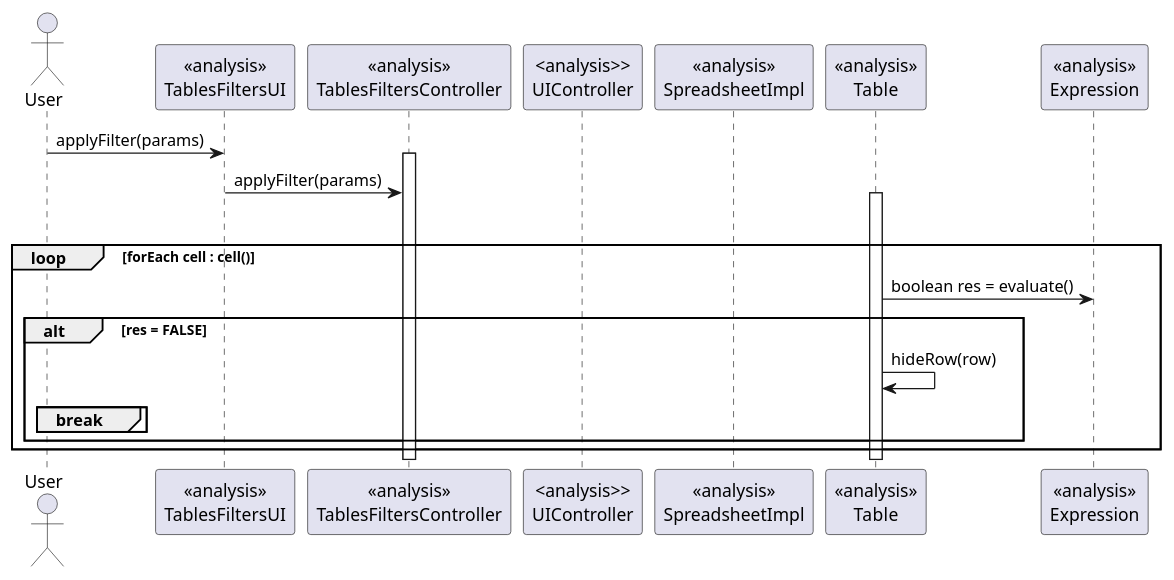
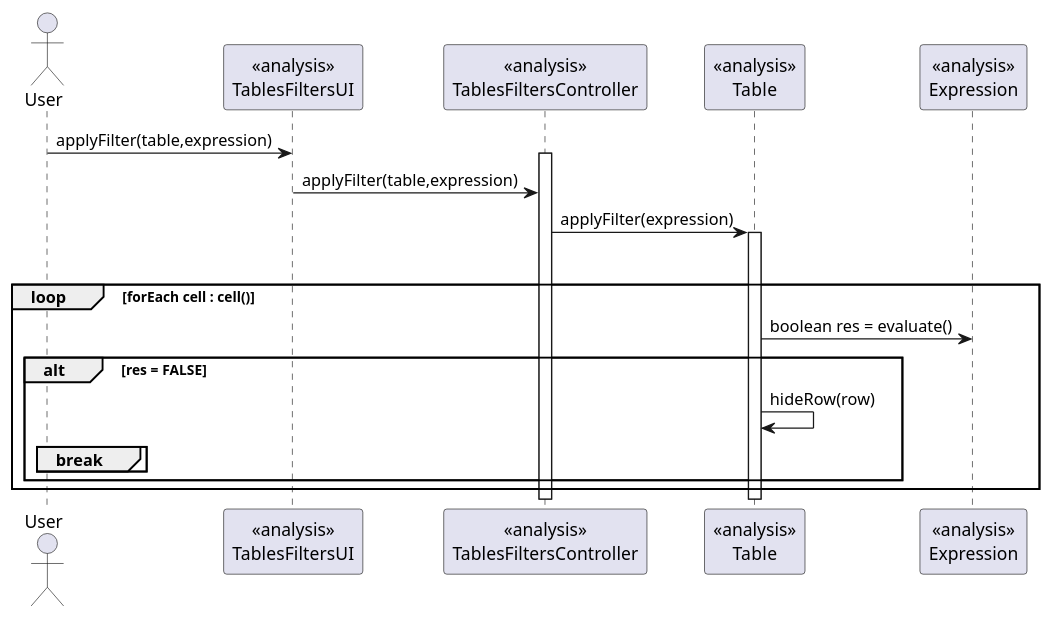
The diagram in src/main/java/csheets/worklog/n1140780/sprint4/lang_03.3_create_filter_analysis.puml (RubenTeixeira/cleansheets_isep_2dg_2016), drawn with PlantUML before and after one commit. The commit also changed 18 other files, not shown here.

```diff
--- a/src/main/java/csheets/worklog/n1140780/sprint4/lang_03.3_create_filter_analysis.puml
+++ b/src/main/java/csheets/worklog/n1140780/sprint4/lang_03.3_create_filter_analysis.puml
@@ -1,26 +1,24 @@
 @startuml doc-files/lang_03.3_create_filter_analysis.png
 
 actor User
 participant "<<analysis>>\nTablesFiltersUI" as UI
 participant "<<analysis>>\nTablesFiltersController" as Control
-participant "<analysis>>\nUIController" as UIC
-participant "<<analysis>>\nSpreadsheetImpl" as ss
 participant "<<analysis>>\nTable" as table
 participant "<<analysis>>\nExpression" as expr
 
-User->UI: applyFilter(params)
+User->UI: applyFilter(table,expression)
 activate Control
-UI->Control: applyFilter(params)
-
+UI->Control: applyFilter(table,expression)
+Control->table: applyFilter(expression)
 activate table
 loop forEach row : rows()
 	loop forEach cell : cell()
 		table->expr: boolean res = evaluate()
 		alt res = FALSE
 			table->table: hideRow(row)
 			break
 		end
 	end
 end
 
 @enduml
```
